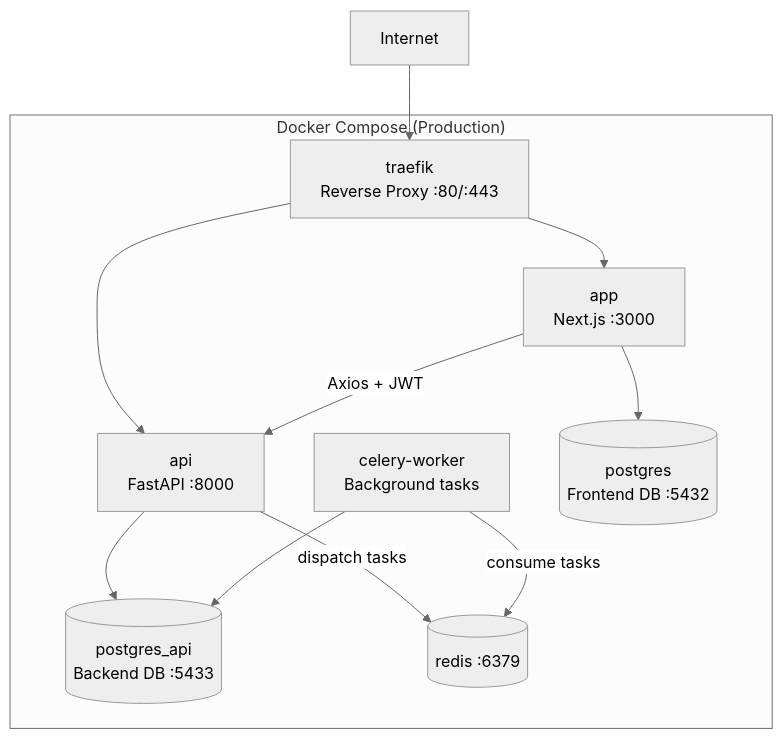
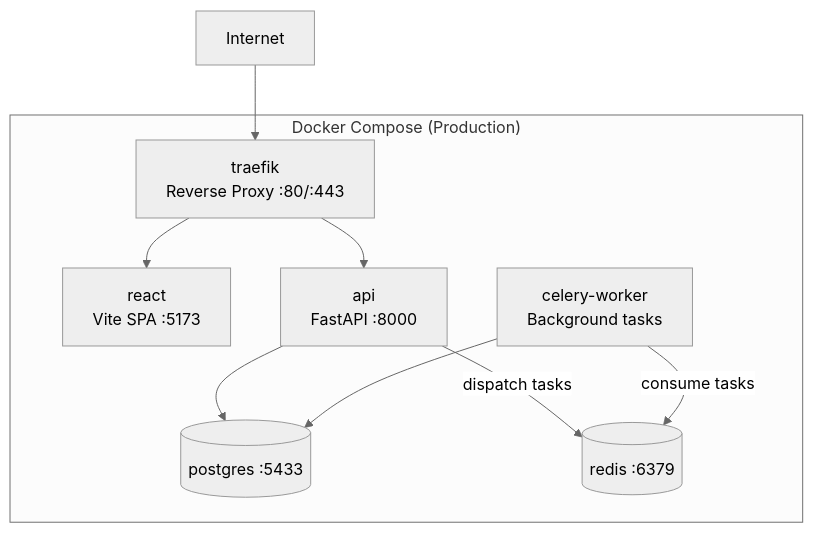
One commit to bernat-leads/Batch_video changed the first of 2 diagrams in apps/mkdocs/docs/reference/infrastructure.md. Above: the diagram before and after it, drawn with Mermaid (neutral theme). The commit also changed other lines of this file and 85 other files, not shown here.

````diff
--- a/apps/mkdocs/docs/reference/infrastructure.md
+++ b/apps/mkdocs/docs/reference/infrastructure.md
@@ -5,24 +5,21 @@
 ```mermaid
 graph TB
     Internet["Internet"]
 
     subgraph "Docker Compose (Production)"
         Traefik["traefik<br/>Reverse Proxy :80/:443"]
-        App["app<br/>Next.js :3000"]
+        React["react<br/>Vite SPA :5173"]
         API["api<br/>FastAPI :8000"]
         CeleryW["celery-worker<br/>Background tasks"]
-        PG1[("postgres<br/>Frontend DB :5432")]
-        PG2[("postgres_api<br/>Backend DB :5433")]
+        DB[("postgres :5433")]
         Redis[("redis :6379")]
     end
 
     Internet --> Traefik
-    Traefik --> App
+    Traefik --> React
     Traefik --> API
-    App --> PG1
-    App -->|"Axios + JWT"| API
-    API --> PG2
+    API --> DB
     API -->|"dispatch tasks"| Redis
     CeleryW -->|"consume tasks"| Redis
-    CeleryW --> PG2
+    CeleryW --> DB
 ```
````
